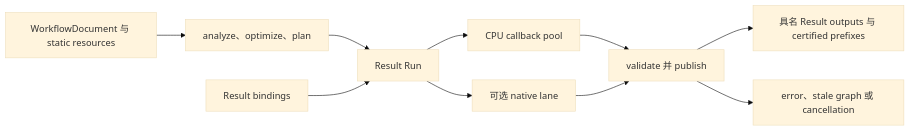
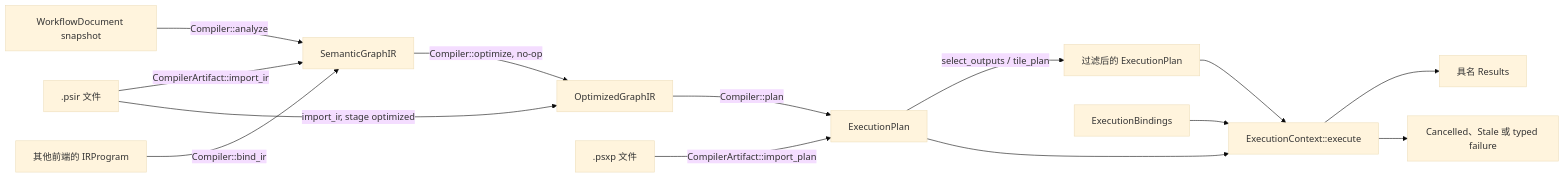
The first of 2 diagrams in docs/kernel-architecture/zh/Compiler-and-Execution.zh.md (kevin-zf1123/photospider), drawn with Mermaid (base theme) before and after one commit. The commit also changed other lines of this file and 62 other files, not shown here.

````diff
--- a/docs/kernel-architecture/zh/Compiler-and-Execution.zh.md
+++ b/docs/kernel-architecture/zh/Compiler-and-Execution.zh.md
@@ -19,12 +13,16 @@
 ```mermaid
 flowchart LR
-    D[WorkflowDocument 与 static resources] --> C[analyze、optimize、plan]
-    C --> R[Result Run]
-    B[Result bindings] --> R
-    R --> CPU[CPU callback pool]
-    R --> GPU[可选 native lane]
-    CPU --> J[validate 并 publish]
-    GPU --> J
-    J --> O[具名 Result outputs 与 certified prefixes]
-    J --> E[error、stale graph 或 cancellation]
+    DAG[WorkflowDocument snapshot] -->|Compiler::analyze| S[SemanticGraphIR]
+    FE[其他前端的 IRProgram] -->|Compiler::bind_ir| S
+    PSIR[.psir 文件] -->|CompilerArtifact::import_ir| S
+    PSIR -->|import_ir, stage optimized| O
+    S -->|Compiler::optimize, no-op| O[OptimizedGraphIR]
+    O -->|Compiler::plan| P[ExecutionPlan]
+    PSXP[.psxp 文件] -->|CompilerArtifact::import_plan| P
+    P -->|select_outputs / tile_plan| P2[过滤后的 ExecutionPlan]
+    P --> X[ExecutionContext::execute]
+    P2 --> X
+    B[ExecutionBindings] --> X
+    X --> R[具名 Results]
+    X --> E[Cancelled、Stale 或 typed failure]
 ```
````
